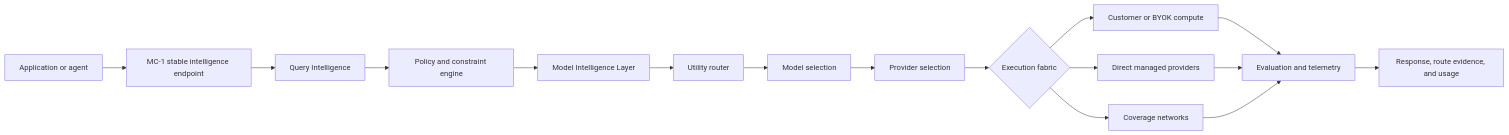
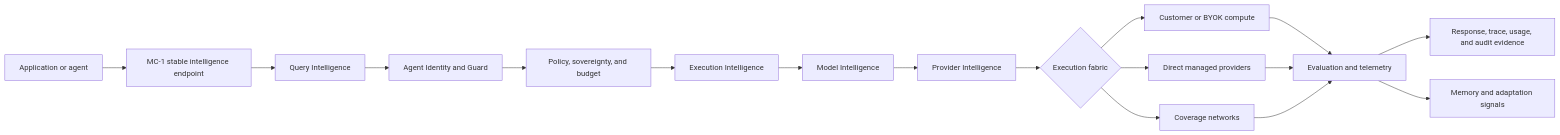
The diagram in README.md (ColomboAI-com/MC-1), drawn with Mermaid before and after one commit. The commit also changed other lines of this file and 3 other files, not shown here.

````diff
--- a/README.md
+++ b/README.md
@@ -46,18 +94,19 @@
 ```mermaid
 flowchart LR
     A["Application or agent"] --> B["MC-1 stable intelligence endpoint"]
     B --> C["Query Intelligence"]
-    C --> D["Policy and constraint engine"]
-    D --> E["Model Intelligence Layer"]
-    E --> F["Utility router"]
-    F --> G["Model selection"]
-    G --> H["Provider selection"]
+    C --> D["Agent Identity and Guard"]
+    D --> E["Policy, sovereignty, and budget"]
+    E --> F["Execution Intelligence"]
+    F --> G["Model Intelligence"]
+    G --> H["Provider Intelligence"]
     H --> I{"Execution fabric"}
     I --> J["Customer or BYOK compute"]
     I --> K["Direct managed providers"]
     I --> L["Coverage networks"]
     J --> M["Evaluation and telemetry"]
     K --> M
     L --> M
-    M --> N["Response, route evidence, and usage"]
+    M --> N["Response, trace, usage, and audit evidence"]
+    M --> O["Memory and adaptation signals"]
 ```
````
